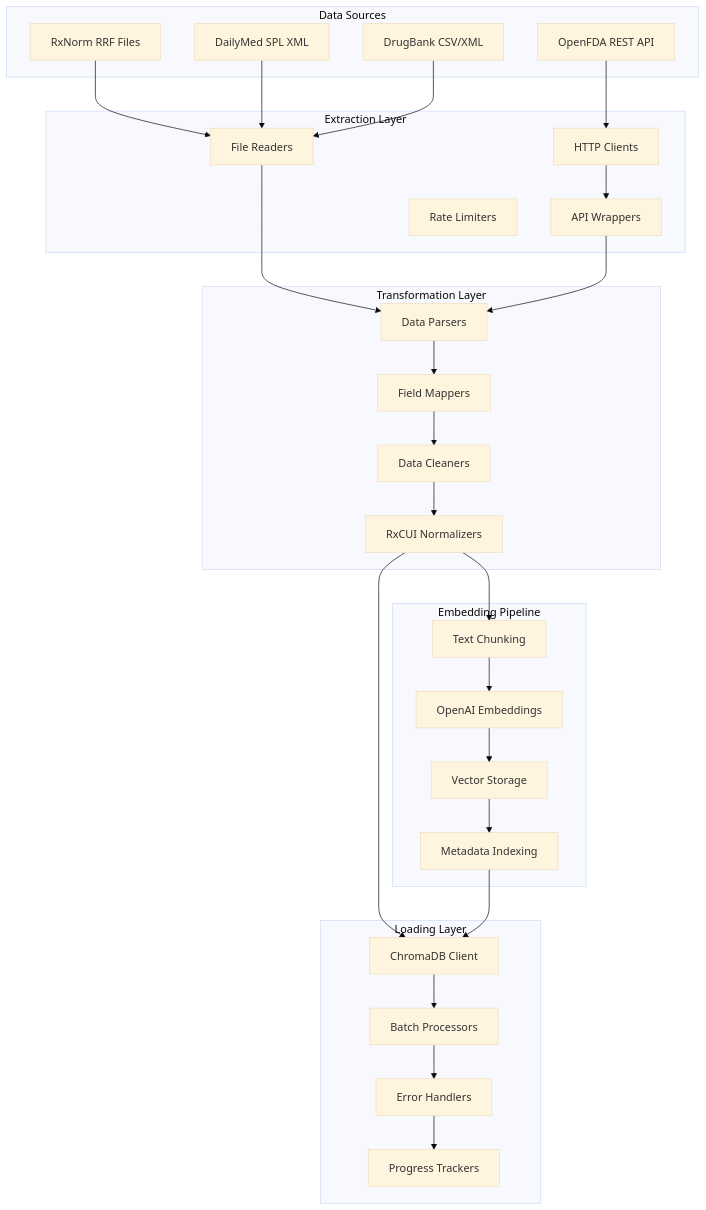
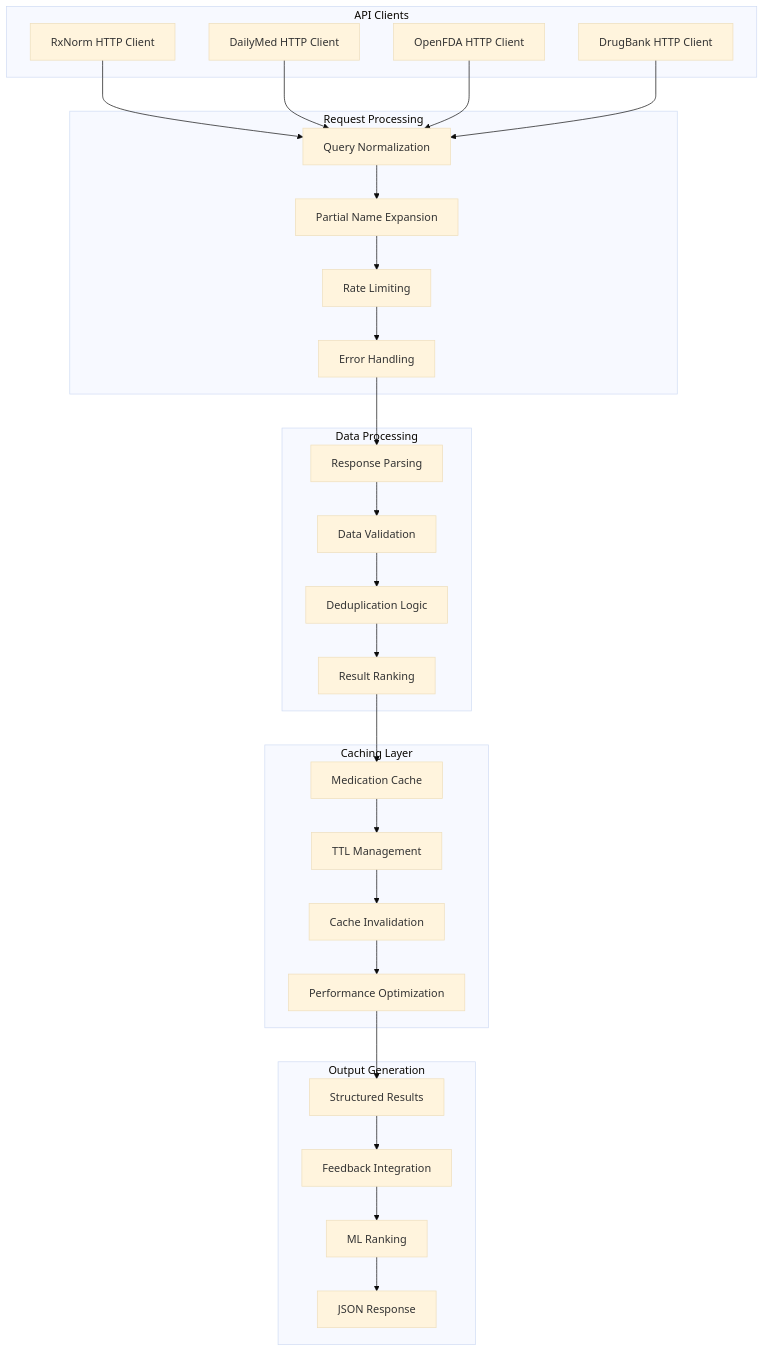
The eighth of 15 diagrams in ARCHITECTURE.md (Linesmerrill/RxVerify), drawn with Mermaid (base theme) before and after one commit. The commit also changed other lines of this file and 1 other file, not shown here.

````diff
--- a/ARCHITECTURE.md
+++ b/ARCHITECTURE.md
@@ -221,61 +370,61 @@
 ```mermaid
 graph TB
-    subgraph "Data Sources"
-        A[RxNorm RRF Files]
-        B[DailyMed SPL XML]
-        C[OpenFDA REST API]
-        D[DrugBank CSV/XML]
+    subgraph "API Clients"
+        A[RxNorm HTTP Client]
+        B[DailyMed HTTP Client]
+        C[OpenFDA HTTP Client]
+        D[DrugBank HTTP Client]
     end
     
-    subgraph "Extraction Layer"
-        E[HTTP Clients]
-        F[File Readers]
-        G[API Wrappers]
-        H[Rate Limiters]
+    subgraph "Request Processing"
+        E[Query Normalization]
+        F[Partial Name Expansion]
+        G[Rate Limiting]
+        H[Error Handling]
     end
     
-    subgraph "Transformation Layer"
-        I[Data Parsers]
-        J[Field Mappers]
-        K[Data Cleaners]
-        L[RxCUI Normalizers]
+    subgraph "Data Processing"
+        I[Response Parsing]
+        J[Data Validation]
+        K[Deduplication Logic]
+        L[Result Ranking]
     end
     
-    subgraph "Loading Layer"
-        M[ChromaDB Client]
-        N[Batch Processors]
-        O[Error Handlers]
-        P[Progress Trackers]
+    subgraph "Caching Layer"
+        M[Medication Cache]
+        N[TTL Management]
+        O[Cache Invalidation]
+        P[Performance Optimization]
     end
     
-    subgraph "Embedding Pipeline"
-        Q[Text Chunking]
-        R[OpenAI Embeddings]
-        S[Vector Storage]
-        T[Metadata Indexing]
+    subgraph "Output Generation"
+        Q[Structured Results]
+        R[Feedback Integration]
+        S[ML Ranking]
+        T[JSON Response]
     end
     
-    A --> F
-    B --> F
+    A --> E
+    B --> E
     C --> E
-    D --> F
+    D --> E
     
-    E --> G
-    F --> I
-    G --> I
+    E --> F
+    F --> G
+    G --> H
     
+    H --> I
     I --> J
     J --> K
     K --> L
     
     L --> M
     M --> N
     N --> O
     O --> P
     
-    L --> Q
+    P --> Q
     Q --> R
     R --> S
     S --> T
-    T --> M
 ```
````
